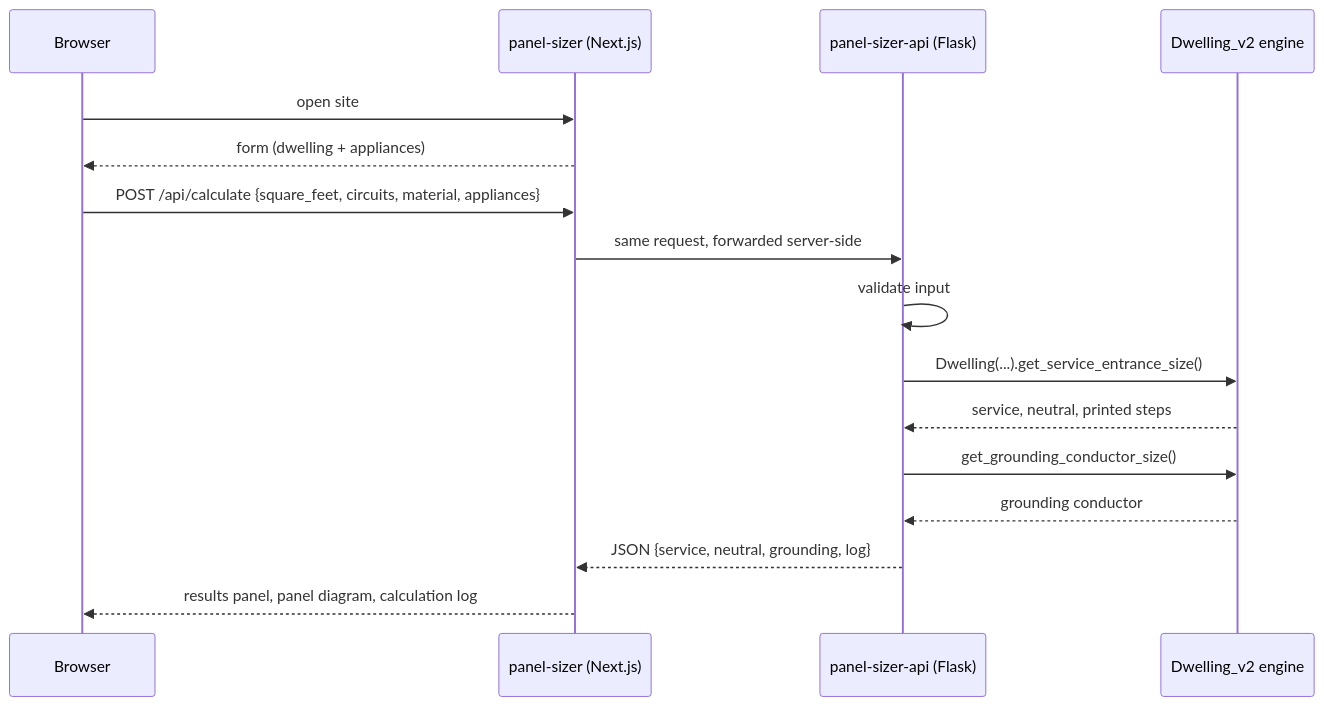
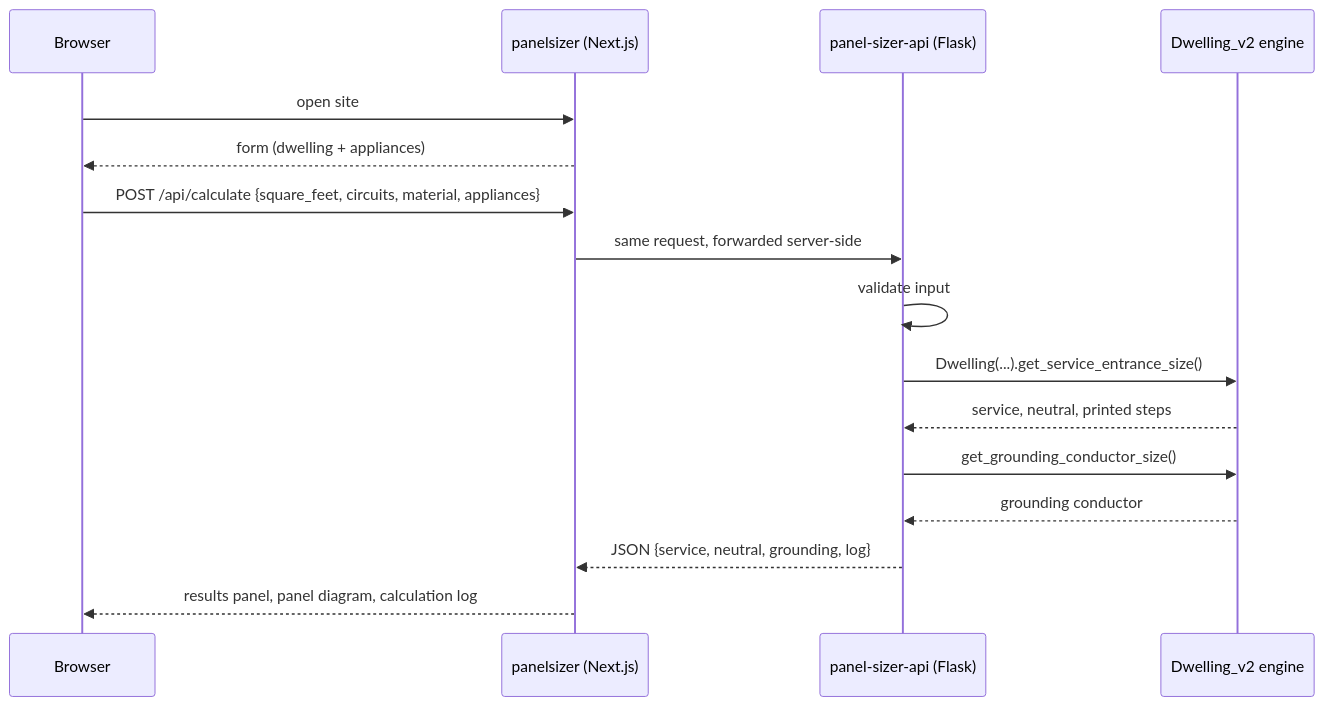
Before and after one commit to Larson-Building-Systems-Laboratory/PanelSizer_Web_Tool: the second of 4 diagrams in README.md, drawn with Mermaid. The commit also changed other lines of this file and 6 other files, not shown here.

````diff
--- a/README.md
+++ b/README.md
@@ -65,19 +73,19 @@
 ```mermaid
 sequenceDiagram
     participant B as Browser
-    participant W as panel-sizer (Next.js)
+    participant W as panelsizer (Next.js)
     participant A as panel-sizer-api (Flask)
     participant D as Dwelling_v2 engine
 
     B->>W: open site
     W-->>B: form (dwelling + appliances)
     B->>W: POST /api/calculate {square_feet, circuits, material, appliances}
     W->>A: same request, forwarded server-side
     A->>A: validate input
     A->>D: Dwelling(...).get_service_entrance_size()
     D-->>A: service, neutral, printed steps
     A->>D: get_grounding_conductor_size()
     D-->>A: grounding conductor
     A-->>W: JSON {service, neutral, grounding, log}
     W-->>B: results panel, panel diagram, calculation log
 ```
````
